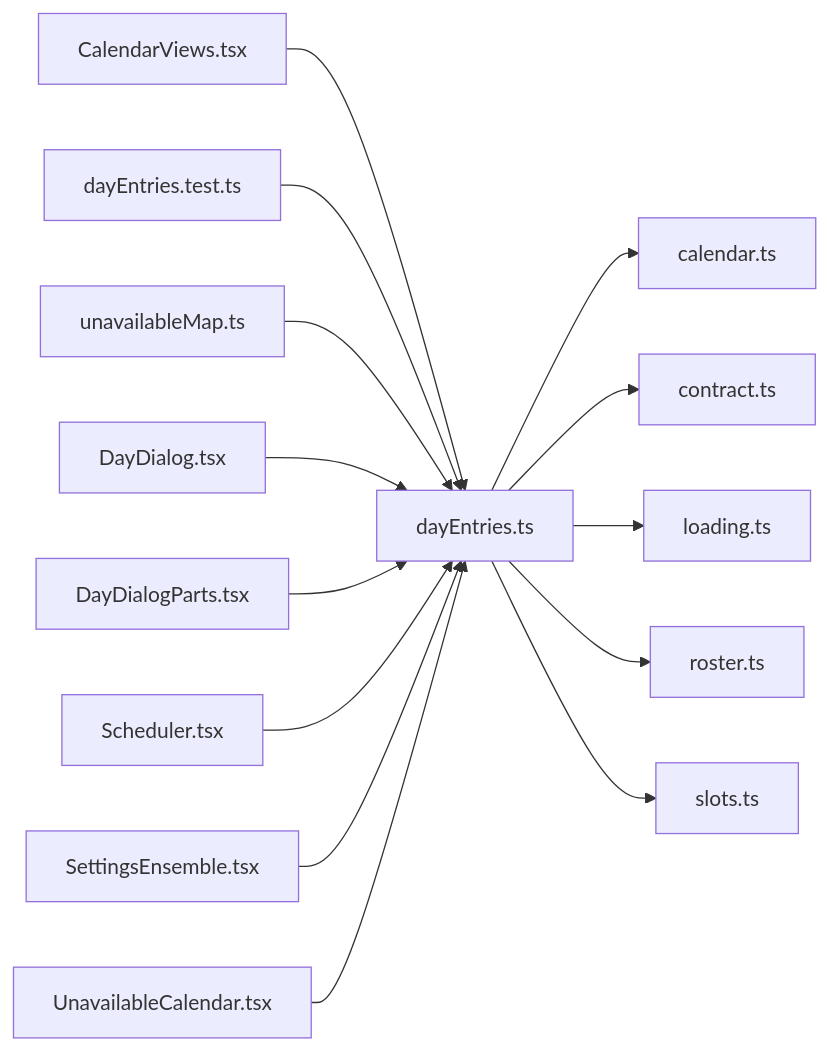
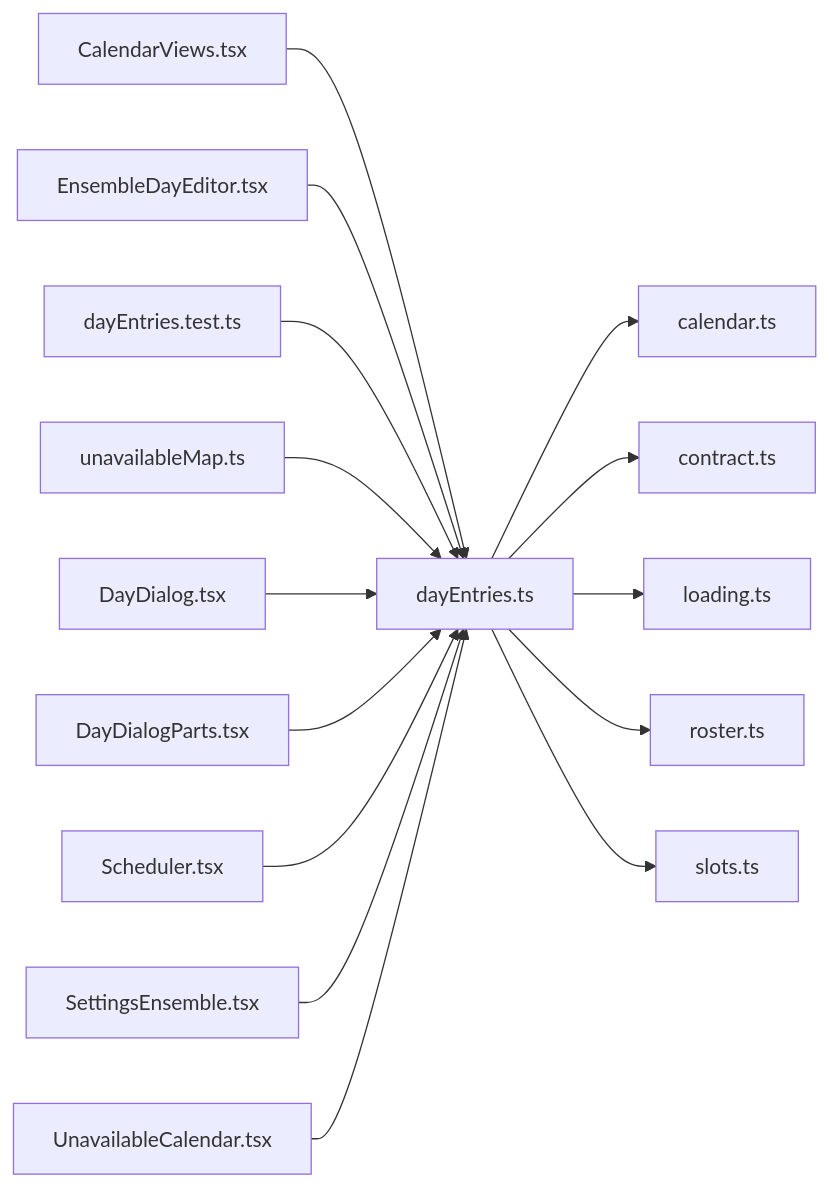
The diagram in .cluedoc/graph/frontend/src/lib/dayEntries.md (minkong-dev/Banblit), drawn with Mermaid before and after one commit. The commit also changed other lines of this file and 15 other files, not shown here.

Commit message:
frontend: move the per-day ensemble time editor into components

````diff
--- a/.cluedoc/graph/frontend/src/lib/dayEntries.md
+++ b/.cluedoc/graph/frontend/src/lib/dayEntries.md
@@ -10,17 +10,18 @@
 ```mermaid
 flowchart LR
   frontend_src_lib_dayEntries["dayEntries.ts"]
   frontend_src_lib_dayEntries --> frontend_src_lib_calendar["calendar.ts"]
   frontend_src_lib_dayEntries --> frontend_src_lib_contract["contract.ts"]
   frontend_src_lib_dayEntries --> frontend_src_lib_loading["loading.ts"]
   frontend_src_lib_dayEntries --> frontend_src_lib_roster["roster.ts"]
   frontend_src_lib_dayEntries --> frontend_src_lib_slots["slots.ts"]
   frontend_src_components_CalendarViews["CalendarViews.tsx"] --> frontend_src_lib_dayEntries
+  frontend_src_components_EnsembleDayEditor["EnsembleDayEditor.tsx"] --> frontend_src_lib_dayEntries
   frontend_src_lib_dayEntries_test["dayEntries.test.ts"] --> frontend_src_lib_dayEntries
   frontend_src_lib_unavailableMap["unavailableMap.ts"] --> frontend_src_lib_dayEntries
   frontend_src_routes_DayDialog["DayDialog.tsx"] --> frontend_src_lib_dayEntries
   frontend_src_routes_DayDialogParts["DayDialogParts.tsx"] --> frontend_src_lib_dayEntries
   frontend_src_routes_Scheduler["Scheduler.tsx"] --> frontend_src_lib_dayEntries
   frontend_src_routes_SettingsEnsemble["SettingsEnsemble.tsx"] --> frontend_src_lib_dayEntries
   frontend_src_routes_UnavailableCalendar["UnavailableCalendar.tsx"] --> frontend_src_lib_dayEntries
 ```
````
